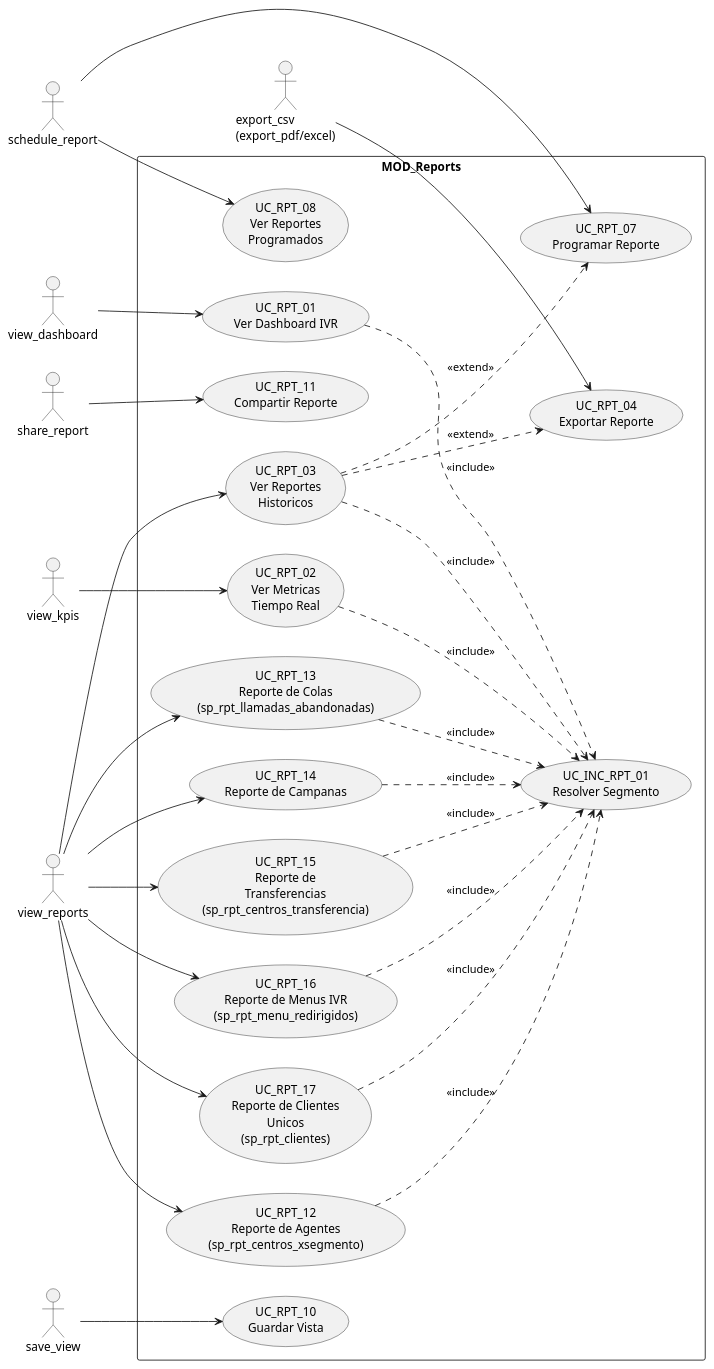
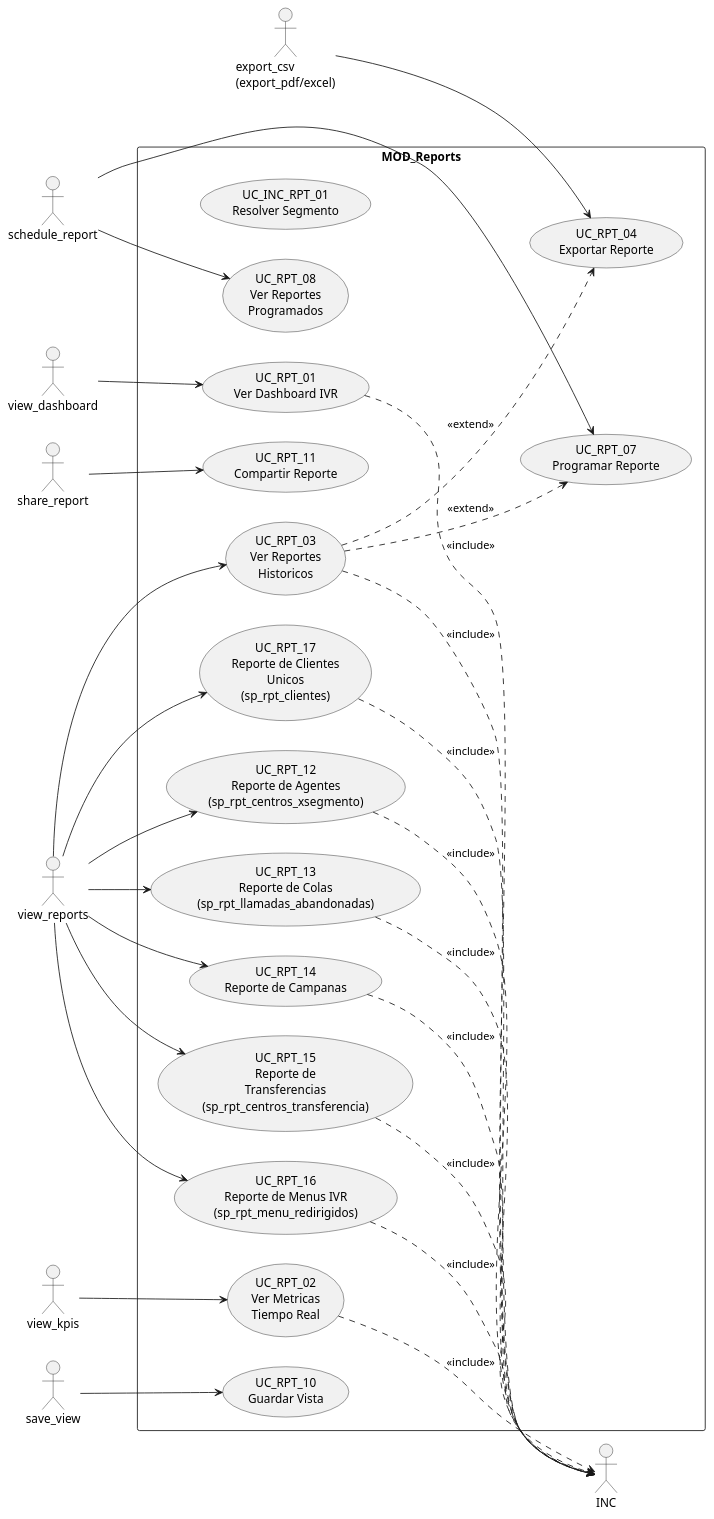
The diagram in source/arquitectura-tecnica/UCModuleView/mod-reports.rst (jcg-admin/IACT-docs), drawn with PlantUML before and after one commit. The commit also changed 47 other files, not shown here.

First line of the commit message:
Fix cryptic PlantUML aliases in UC and architecture files (STD_011)

```diff
--- a/source/arquitectura-tecnica/UCModuleView/mod-reports.rst
+++ b/source/arquitectura-tecnica/UCModuleView/mod-reports.rst
@@ -26,61 +26,61 @@
 .. uml::
  :caption: Figura 20 — MOD_Reports: casos de uso
 
  @startuml
  left to right direction
 
  actor "view_dashboard" as view_dashboard
  actor "view_kpis" as view_kpis
  actor "view_reports" as view_reports
  actor "export_csv\n(export_pdf/excel)" as export_csv
  actor "schedule_report" as schedule_report
  actor "save_view" as save_view
  actor "share_report" as share_report
 
  rectangle "MOD_Reports" {
-   usecase "UC_INC_RPT_01\nResolver Segmento" as INC
+   usecase "UC_INC_RPT_01\nResolver Segmento" as ResolverSegmento
    usecase "UC_RPT_01\nVer Dashboard IVR" as R01
    usecase "UC_RPT_02\nVer Metricas\nTiempo Real" as R02
    usecase "UC_RPT_03\nVer Reportes\nHistoricos" as R03
    usecase "UC_RPT_04\nExportar Reporte" as R04
    usecase "UC_RPT_07\nProgramar Reporte" as R07
    usecase "UC_RPT_08\nVer Reportes\nProgramados" as R08
    usecase "UC_RPT_10\nGuardar Vista" as R10
    usecase "UC_RPT_11\nCompartir Reporte" as R11
    usecase "UC_RPT_12\nReporte de Agentes\n(sp_rpt_centros_xsegmento)" as R12
    usecase "UC_RPT_13\nReporte de Colas\n(sp_rpt_llamadas_abandonadas)" as R13
    usecase "UC_RPT_14\nReporte de Campanas" as R14
    usecase "UC_RPT_15\nReporte de\nTransferencias\n(sp_rpt_centros_transferencia)" as R15
    usecase "UC_RPT_16\nReporte de Menus IVR\n(sp_rpt_menu_redirigidos)" as R16
    usecase "UC_RPT_17\nReporte de Clientes\nUnicos\n(sp_rpt_clientes)" as R17
  }
 
  view_dashboard --> R01
  view_kpis --> R02
  view_reports --> R03
  export_csv --> R04
  schedule_report --> R07
  schedule_report --> R08
  save_view --> R10
  share_report --> R11
  view_reports --> R12
  view_reports --> R13
  view_reports --> R14
  view_reports --> R15
  view_reports --> R16
  view_reports --> R17
 
  R01 ..> INC : <<include>>
  R02 ..> INC : <<include>>
  R03 ..> INC : <<include>>
  R12 ..> INC : <<include>>
  R13 ..> INC : <<include>>
  R14 ..> INC : <<include>>
  R15 ..> INC : <<include>>
  R16 ..> INC : <<include>>
  R17 ..> INC : <<include>>
 
  R03 ..> R04 : <<extend>>
  R03 ..> R07 : <<extend>>
 
  @enduml
```
